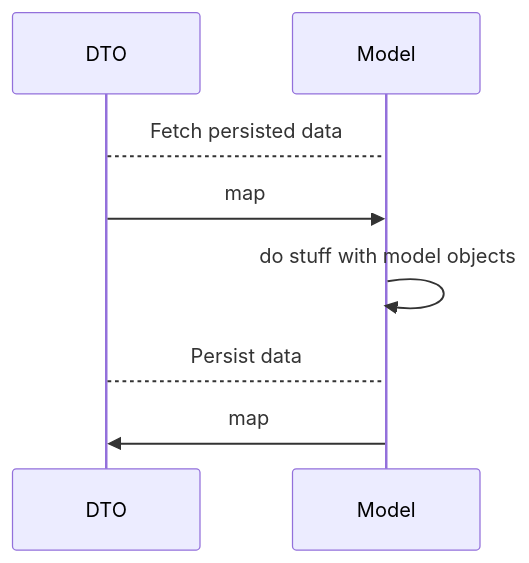
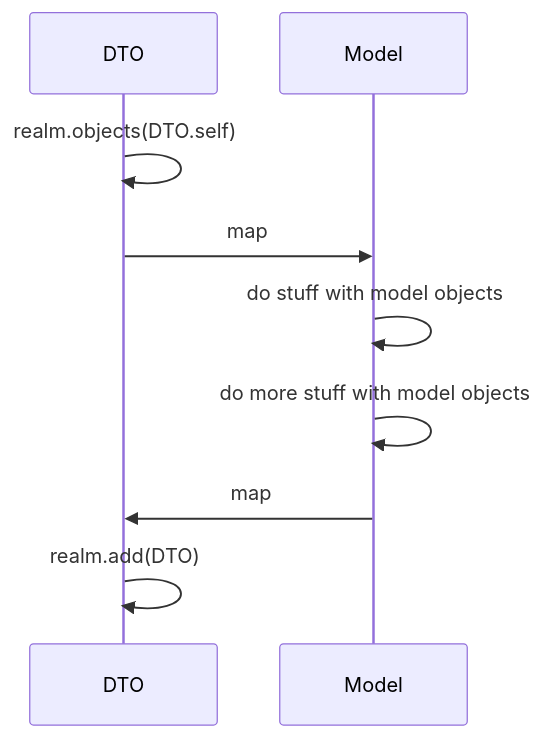
One commit to victor-yn/realm-ready changed the diagram in README.md. Above: the diagram before and after it, drawn with Mermaid. The commit also changed other lines of this file and 7 other files, not shown here.

````diff
--- a/README.md
+++ b/README.md
@@ -32,8 +33,10 @@
 ```mermaid
 sequenceDiagram
-DTO-->Model: Fetch persisted data
+
+DTO ->> DTO: realm.objects(DTO.self)
 DTO ->> Model: map
 Model ->> Model: do stuff with model objects
-DTO-->Model: Persist data
+Model ->> Model: do more stuff with model objects
 Model ->> DTO: map
+DTO ->> DTO: realm.add(DTO)
 ```
````
